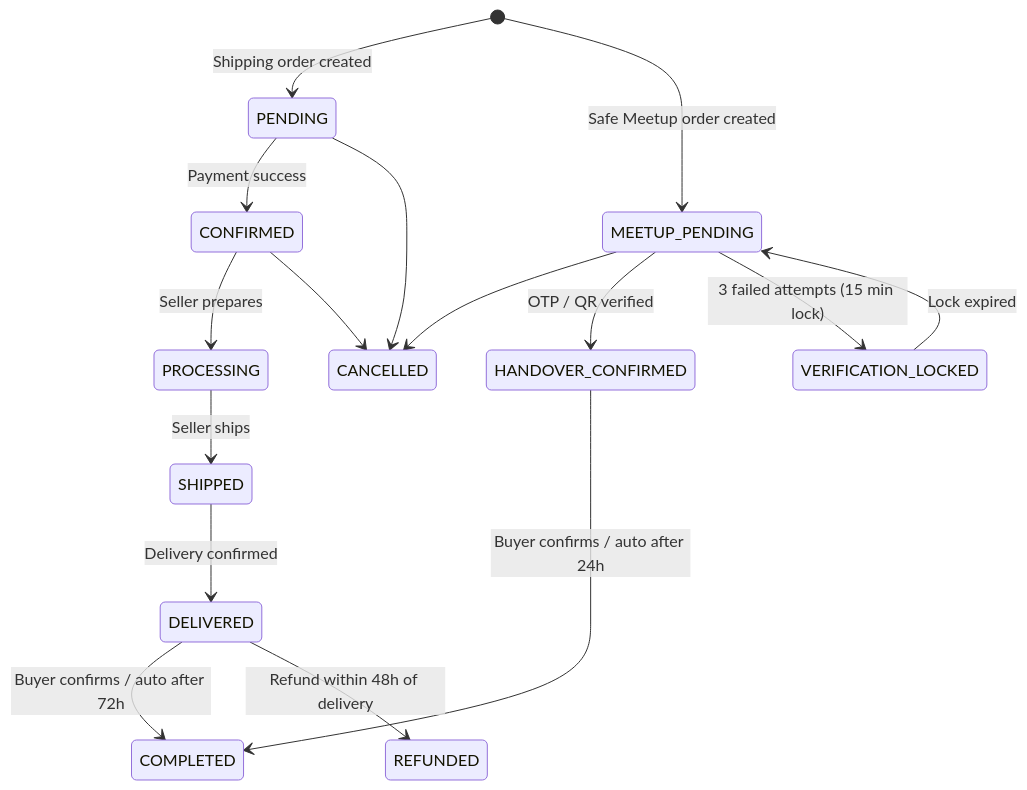
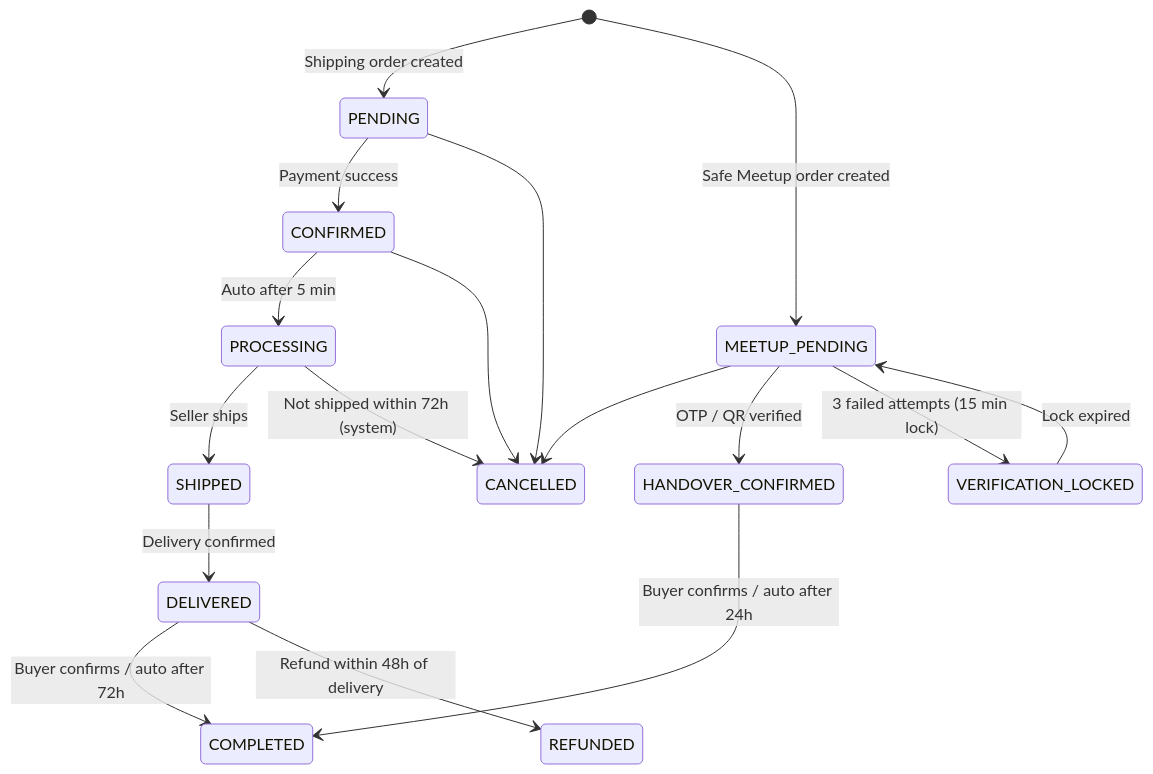
Before and after one commit to Shyesilbas/secondHand: the diagram in src/main/java/com/serhat/secondhand/order/README.md, drawn with Mermaid. The commit also changed other lines of this file and 45 other files, not shown here.

````diff
--- a/src/main/java/com/serhat/secondhand/order/README.md
+++ b/src/main/java/com/serhat/secondhand/order/README.md
@@ -21,20 +23,21 @@
 ```mermaid
 stateDiagram-v2
     [*] --> PENDING: Shipping order created
     [*] --> MEETUP_PENDING: Safe Meetup order created
     PENDING --> CONFIRMED: Payment success
-    CONFIRMED --> PROCESSING: Seller prepares
+    CONFIRMED --> PROCESSING: Auto after 5 min
     PROCESSING --> SHIPPED: Seller ships
+    PROCESSING --> CANCELLED: Not shipped within 72h (system)
     SHIPPED --> DELIVERED: Delivery confirmed
     DELIVERED --> COMPLETED: Buyer confirms / auto after 72h
     DELIVERED --> REFUNDED: Refund within 48h of delivery
 
     PENDING --> CANCELLED
     CONFIRMED --> CANCELLED
     MEETUP_PENDING --> CANCELLED
 
     MEETUP_PENDING --> HANDOVER_CONFIRMED: OTP / QR verified
     MEETUP_PENDING --> VERIFICATION_LOCKED: 3 failed attempts (15 min lock)
     VERIFICATION_LOCKED --> MEETUP_PENDING: Lock expired
     HANDOVER_CONFIRMED --> COMPLETED: Buyer confirms / auto after 24h
 ```
````
